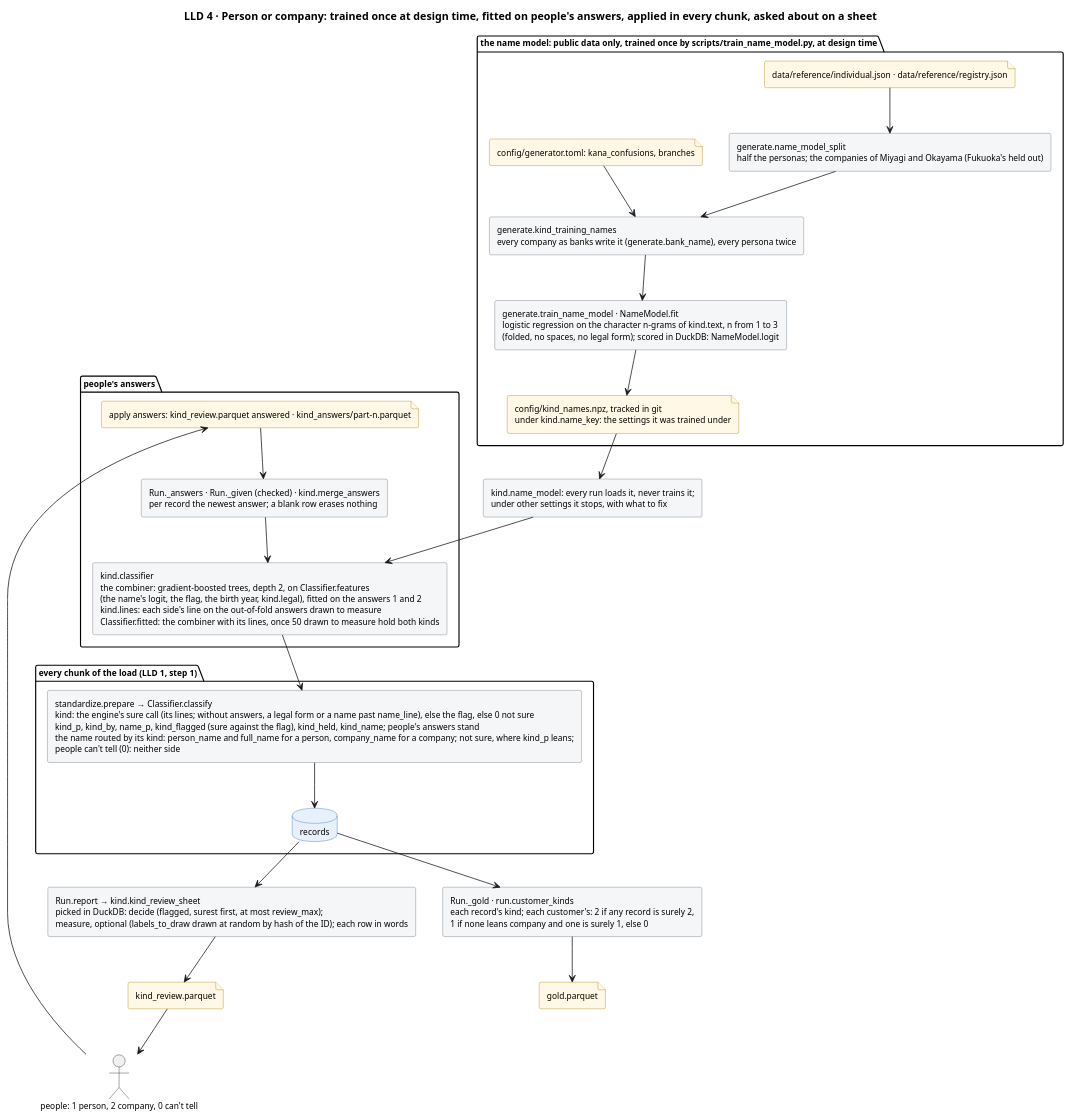
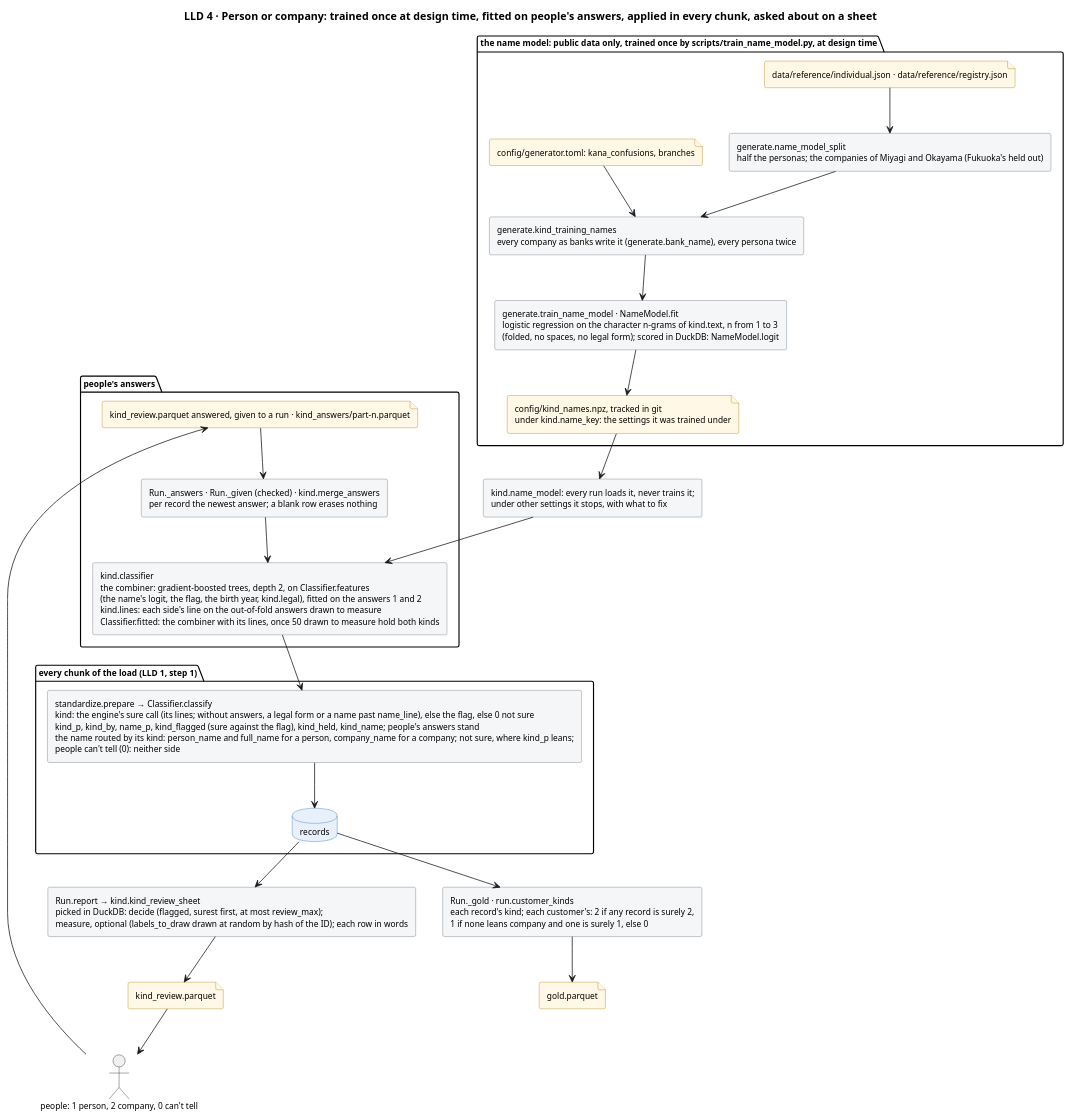
The diagram in docs/diagrams/kind.puml (mvsbm/entity_matching), drawn with PlantUML before and after one commit. The commit also changed 66 other files, not shown here.

```diff
--- a/docs/diagrams/kind.puml
+++ b/docs/diagrams/kind.puml
@@ -1,61 +1,61 @@
 @startuml kind
 title LLD 4 · Person or company: trained once at design time, fitted on people's answers, applied in every chunk, asked about on a sheet
 skinparam defaultFontSize 11
 skinparam rectangle {
   BackgroundColor #F4F6F8
   BorderColor #65717E
 }
 skinparam database {
   BackgroundColor #E8F1FB
   BorderColor #2C6DB3
 }
 skinparam file {
   BackgroundColor #FFF8E6
   BorderColor #B07D00
 }
 
 package "the name model: public data only, trained once by scripts/train_name_model.py, at design time" {
   file "data/reference/individual.json · data/reference/registry.json" as f_ref
   file "config/generator.toml: kana_confusions, branches" as f_gen
   rectangle "generate.name_model_split\nhalf the personas; the companies of Miyagi and Okayama (Fukuoka's held out)" as split
   rectangle "generate.kind_training_names\nevery company as banks write it (generate.bank_name), every persona twice" as names
   rectangle "generate.train_name_model · NameModel.fit\nlogistic regression on the character n-grams of kind.text, n from 1 to 3\n(folded, no spaces, no legal form); scored in DuckDB: NameModel.logit" as model
   file "config/kind_names.npz, tracked in git\nunder kind.name_key: the settings it was trained under" as f_cache
 }
 rectangle "kind.name_model: every run loads it, never trains it;\nunder other settings it stops, with what to fix" as load
 
 package "people's answers" {
-  file "apply answers: kind_review.parquet answered · kind_answers/part-n.parquet" as f_answers
+  file "kind_review.parquet answered, given to a run · kind_answers/part-n.parquet" as f_answers
   rectangle "Run._answers · Run._given (checked) · kind.merge_answers\nper record the newest answer; a blank row erases nothing" as merge
   rectangle "kind.classifier\nthe combiner: gradient-boosted trees, depth 2, on Classifier.features\n(the name's logit, the flag, the birth year, kind.legal), fitted on the answers 1 and 2\nkind.lines: each side's line on the out-of-fold answers drawn to measure\nClassifier.fitted: the combiner with its lines, once 50 drawn to measure hold both kinds" as fit
 }
 
 package "every chunk of the load (LLD 1, step 1)" {
   rectangle "standardize.prepare → Classifier.classify\nkind: the engine's sure call (its lines; without answers, a legal form or a name past name_line), else the flag, else 0 not sure\nkind_p, kind_by, name_p, kind_flagged (sure against the flag), kind_held, kind_name; people's answers stand\nthe name routed by its kind: person_name and full_name for a person, company_name for a company; not sure, where kind_p leans;\npeople can't tell (0): neither side" as classify
   database "records" as records
 }
 
 rectangle "Run._gold · run.customer_kinds\neach record's kind; each customer's: 2 if any record is surely 2,\n1 if none leans company and one is surely 1, else 0" as gold
 file "gold.parquet" as f_gold
 rectangle "Run.report → kind.kind_review_sheet\npicked in DuckDB: decide (flagged, surest first, at most review_max);\nmeasure, optional (labels_to_draw drawn at random by hash of the ID); each row in words" as sheet
 file "kind_review.parquet" as f_sheet
 actor "people: 1 person, 2 company, 0 can't tell" as people
 
 f_ref --> split
 split --> names
 f_gen --> names
 names --> model
 model --> f_cache
 f_cache --> load
 load --> fit
 f_answers --> merge
 merge --> fit
 fit --> classify
 classify --> records
 records --> gold
 gold --> f_gold
 records --> sheet
 sheet --> f_sheet
 f_sheet --> people
 people --> f_answers
 @enduml
```
